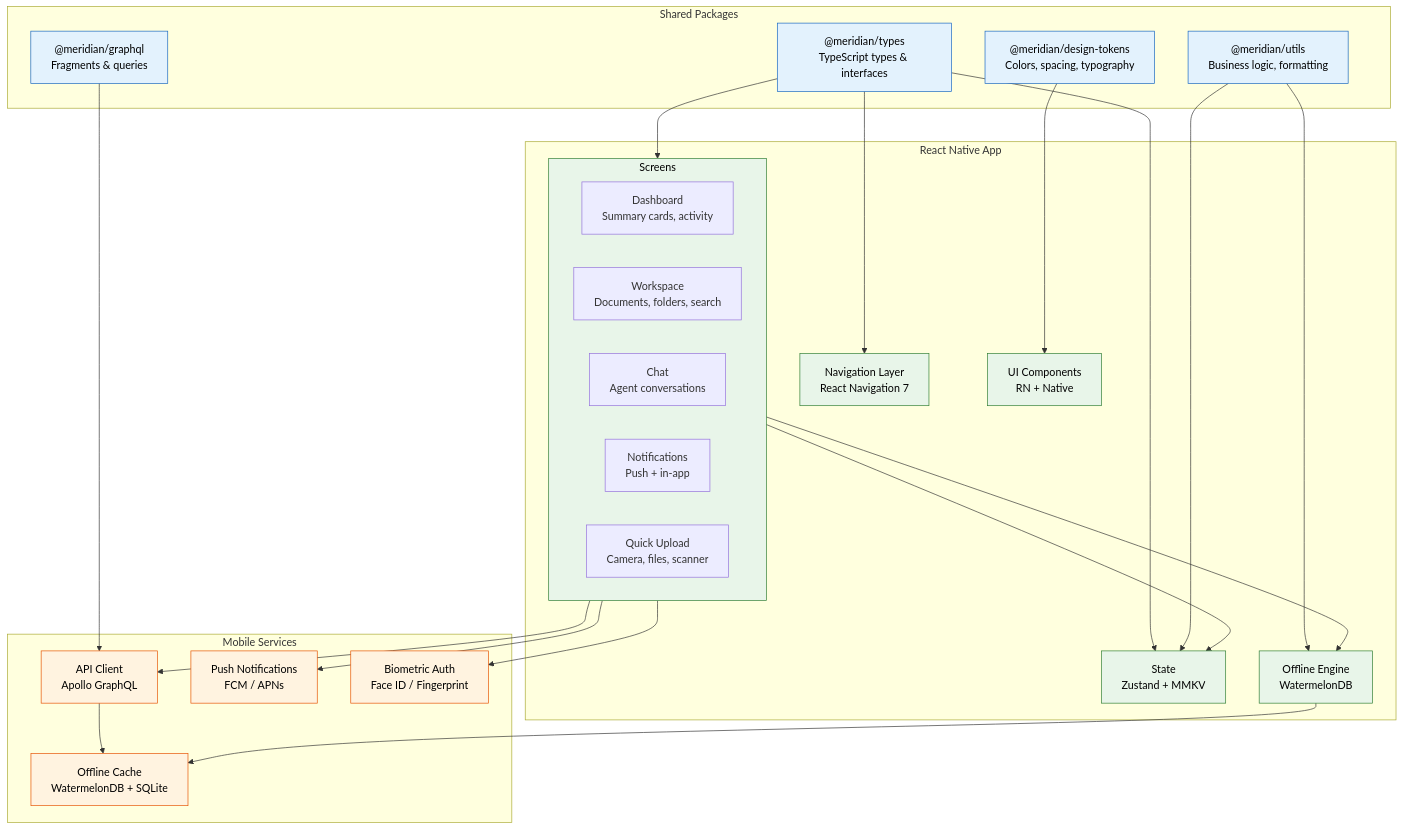
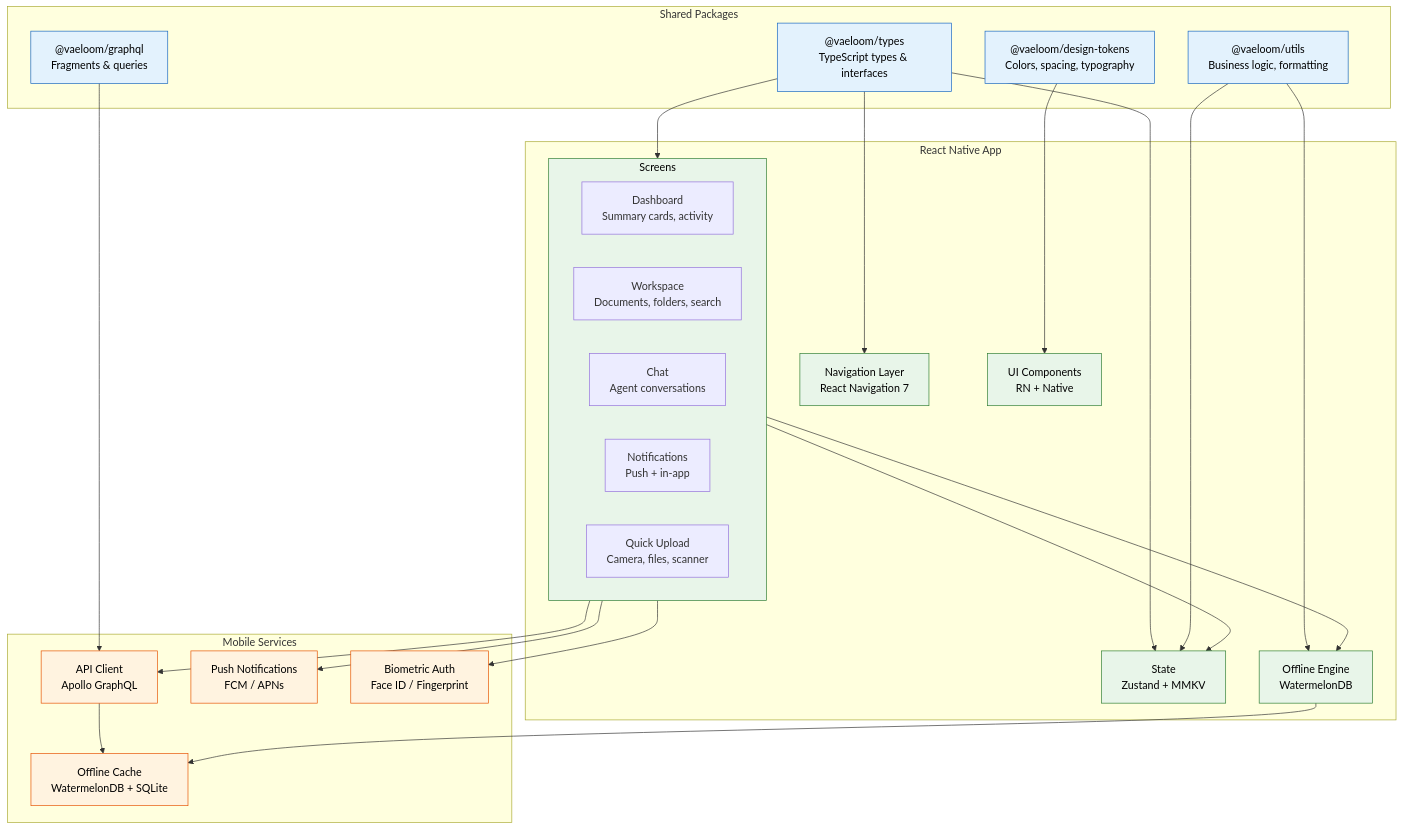
One commit to Driftloom/Vaeloom changed the first of 3 diagrams in Docs/Frontend/Mobile-Architecture.md. Above: the diagram before and after it, drawn with Mermaid. The commit also changed other lines of this file and 249 other files, not shown here.

Commit message:
Rename all references from Meridian to Vaeloom across docs, scripts, and config

````diff
--- a/Docs/Frontend/Mobile-Architecture.md
+++ b/Docs/Frontend/Mobile-Architecture.md
@@ -16,55 +16,55 @@
 ```mermaid
 graph TD
     classDef shared fill:#e3f2fd,stroke:#1565c0,color:#000
     classDef native fill:#e8f5e9,stroke:#2e7d32,color:#000
     classDef service fill:#fff3e0,stroke:#e65100,color:#000
     classDef storage fill:#f3e5f5,stroke:#6a1b9a,color:#000
 
     subgraph Monorepo["Shared Packages"]
-        T["@meridian/types<br/>TypeScript types & interfaces"]
-        G["@meridian/graphql<br/>Fragments & queries"]
-        U["@meridian/utils<br/>Business logic, formatting"]
-        D["@meridian/design-tokens<br/>Colors, spacing, typography"]
+        T["@vaeloom/types<br/>TypeScript types & interfaces"]
+        G["@vaeloom/graphql<br/>Fragments & queries"]
+        U["@vaeloom/utils<br/>Business logic, formatting"]
+        D["@vaeloom/design-tokens<br/>Colors, spacing, typography"]
     end
 
     subgraph MobileApp["React Native App"]
         Nav["Navigation Layer<br/>React Navigation 7"]
         Screens["Screen Modules"]
         Comp["UI Components<br/>RN + Native"]
         Store["State<br/>Zustand + MMKV"]
         Offline["Offline Engine<br/>WatermelonDB"]
     end
 
     subgraph Screens["Screens"]
         S1["Dashboard<br/>Summary cards, activity"]
         S2["Workspace<br/>Documents, folders, search"]
         S3["Chat<br/>Agent conversations"]
         S4["Notifications<br/>Push + in-app"]
         S5["Quick Upload<br/>Camera, files, scanner"]
     end
 
     subgraph Services["Mobile Services"]
         API["API Client<br/>Apollo GraphQL"]
         Push["Push Notifications<br/>FCM / APNs"]
         Bio["Biometric Auth<br/>Face ID / Fingerprint"]
         Cache["Offline Cache<br/>WatermelonDB + SQLite"]
     end
 
     T --> Nav & Screens & Store
     G --> API
     U --> Store & Offline
     D --> Comp
 
     Screens --> Store
     Screens --> API
     Screens --> Offline
     Screens --> Push
     Screens --> Bio
 
     API --> Cache
     Offline --> Cache
 
     class T,G,U,D shared
     class Nav,Screens,Comp,Store,Offline native
     class API,Push,Bio,Cache service
 ```
````
